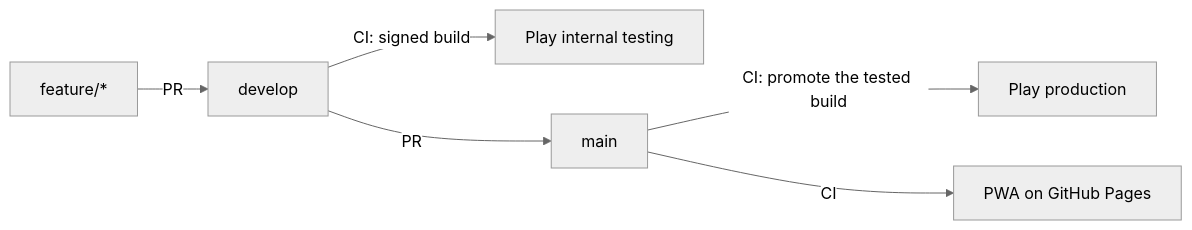
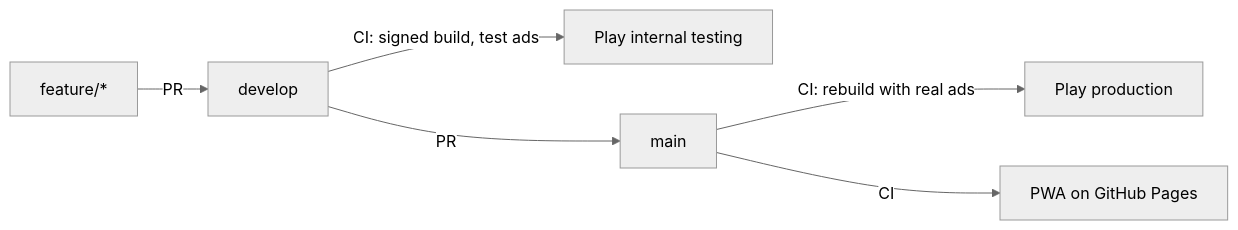
One commit to qodalis-solutions/pwa-cli changed the diagram in README.md. Above: the diagram before and after it, drawn with Mermaid (neutral theme). The commit also changed other lines of this file and 1 other file, not shown here.

Commit message:
Docs: internal builds have test ads, production is rebuilt with real ads

````diff
--- a/README.md
+++ b/README.md
@@ -117,8 +118,8 @@
 ```mermaid
 flowchart LR
   F[feature/*] -- PR --> D[develop]
-  D -- CI: signed build --> T[Play internal testing]
+  D -- CI: signed build, test ads --> T[Play internal testing]
   D -- PR --> M[main]
-  M -- CI: promote the tested build --> P[Play production]
+  M -- CI: rebuild with real ads --> P[Play production]
   M -- CI --> W[PWA on GitHub Pages]
 ```
````
